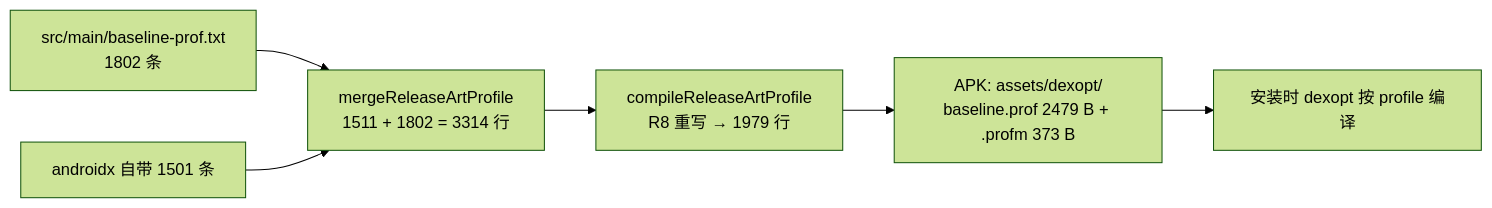
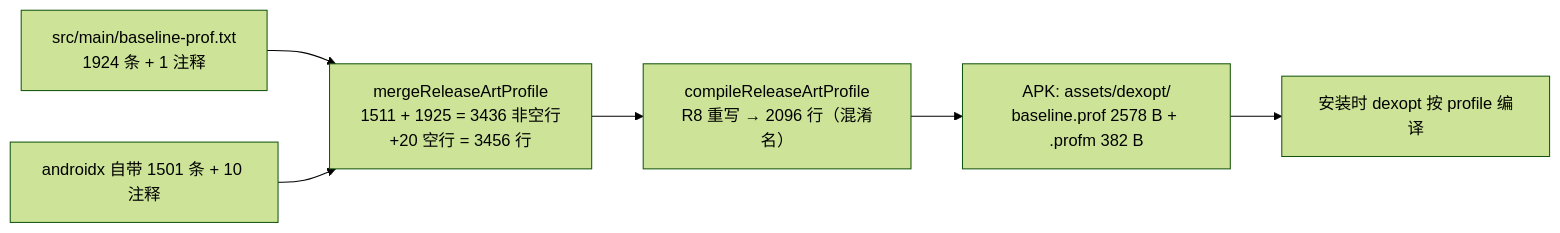
Before and after one commit to zhblmy/PiliPlus: the diagram in docs/PiliPlus-BaselineProfile接入报告-20261107.md, drawn with Mermaid (forest theme). The commit also changed other lines of this file and 3 other files, not shown here.

First line of the commit message:
perf(android): Baseline Profile 补齐 16 个插件入口类并剔除无效规则

````diff
--- a/docs/PiliPlus-BaselineProfile接入报告-20261107.md
+++ b/docs/PiliPlus-BaselineProfile接入报告-20261107.md
@@ -145,8 +212,8 @@
 ```mermaid
 flowchart LR
-  A[src/main/baseline-prof.txt<br/>1802 条] --> B[mergeReleaseArtProfile<br/>1511 + 1802 = 3314 行]
-  D[androidx 自带 1501 条] --> B
-  B --> C[compileReleaseArtProfile<br/>R8 重写 → 1979 行]
-  C --> E[APK: assets/dexopt/<br/>baseline.prof 2479 B + .profm 373 B]
+  A[src/main/baseline-prof.txt<br/>1924 条 + 1 注释] --> B[mergeReleaseArtProfile<br/>1511 + 1925 = 3436 非空行<br/>+20 空行 = 3456 行]
+  D[androidx 自带 1501 条 + 10 注释] --> B
+  B --> C[compileReleaseArtProfile<br/>R8 重写 → 2096 行（混淆名）]
+  C --> E[APK: assets/dexopt/<br/>baseline.prof 2578 B + .profm 382 B]
   E --> F[安装时 dexopt 按 profile 编译]
 ```
````
